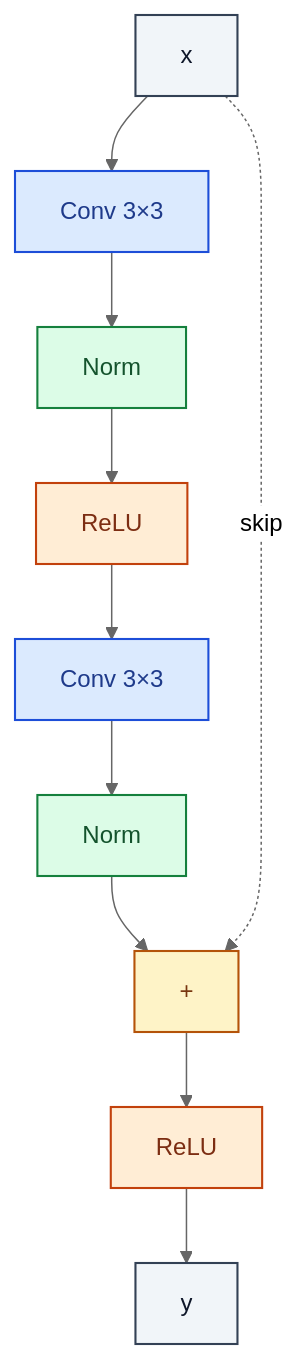
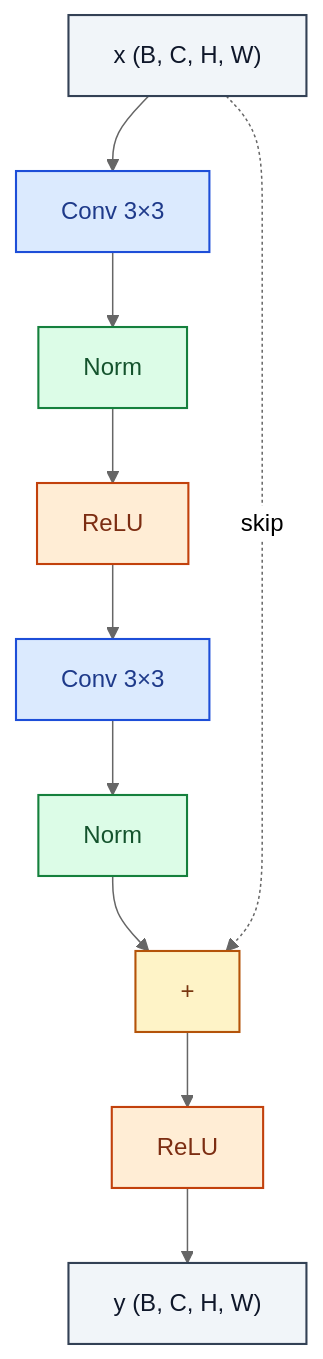
The diagram in core/ResidualBlock.md (RealityShifts/Srivastava-book-of-Blocks-diagrams), drawn with Mermaid (neutral theme) before and after one commit. The commit also changed 123 other files, not shown here.

````diff
--- a/core/ResidualBlock.md
+++ b/core/ResidualBlock.md
@@ -7,30 +7,31 @@
 ```mermaid
 flowchart TD
-    n0_0["x"]:::io
+    n0_0["x  (B, C, H, W)"]:::io
     n1_0["Conv 3×3"]:::op
     n2_0["Norm"]:::norm
     n3_0["ReLU"]:::act
     n4_0["Conv 3×3"]:::op
     n5_0["Norm"]:::norm
     n6_0["+"]:::merge
     n7_0["ReLU"]:::act
-    n8_0["y"]:::io
+    n8_0["y  (B, C, H, W)"]:::io
     n0_0 --> n1_0
     n1_0 --> n2_0
     n2_0 --> n3_0
     n3_0 --> n4_0
     n4_0 --> n5_0
     n5_0 --> n6_0
     n6_0 --> n7_0
     n7_0 --> n8_0
     n0_0 -. skip .-> n6_0
     classDef io fill:#f1f5f9,stroke:#334155,stroke-width:1.4px,color:#0f172a
     classDef op fill:#dbeafe,stroke:#1d4ed8,stroke-width:1.4px,color:#1e3a8a
     classDef norm fill:#dcfce7,stroke:#15803d,stroke-width:1.4px,color:#14532d
     classDef act fill:#ffedd5,stroke:#c2410c,stroke-width:1.4px,color:#7c2d12
     classDef attn fill:#ede9fe,stroke:#6d28d9,stroke-width:1.4px,color:#4c1d95
     classDef merge fill:#fef3c7,stroke:#b45309,stroke-width:1.4px,color:#78350f
     classDef emb fill:#fef9c3,stroke:#a16207,stroke-width:1.4px,color:#713f12
     classDef loss fill:#fee2e2,stroke:#b91c1c,stroke-width:1.4px,color:#7f1d1d
     classDef ctrl fill:#f5f5f4,stroke:#52525b,stroke-width:1.4px,color:#27272a
+    classDef ref fill:#e0f2fe,stroke:#0369a1,stroke-width:2px,color:#0c4a6e,stroke-dasharray: 4 2
 ```
````
